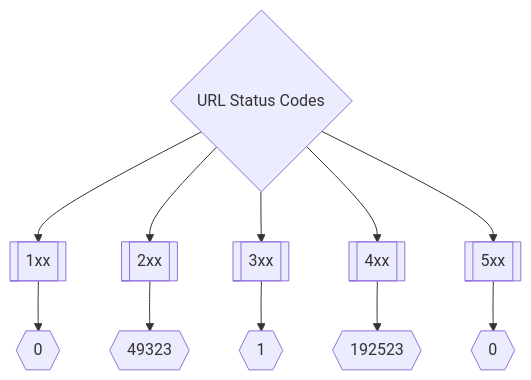
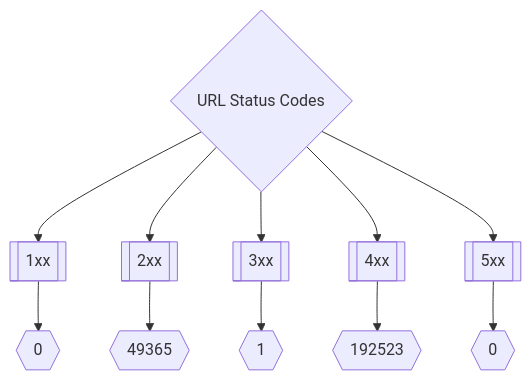
One commit to trickest/inventory changed the second of 3 diagrams in README.md. Above: the diagram before and after it, drawn with Mermaid. The commit also changed other lines of this file, not shown here.

````diff
--- a/README.md
+++ b/README.md
@@ -173,8 +173,8 @@
 ```mermaid
 graph TD
 title{URL Status Codes} --> 1xx[[1xx]] --> status1xxNum{{0}}
-title --> 2xx[[2xx]] --> status2xxNum{{49323}}
+title --> 2xx[[2xx]] --> status2xxNum{{49365}}
 title --> 3xx[[3xx]] --> status3xxNum{{1}}
 title --> 4xx[[4xx]] --> status4xxNum{{192523}}
 title --> 5xx[[5xx]] --> status5xxNum{{0}}
 ```
````
